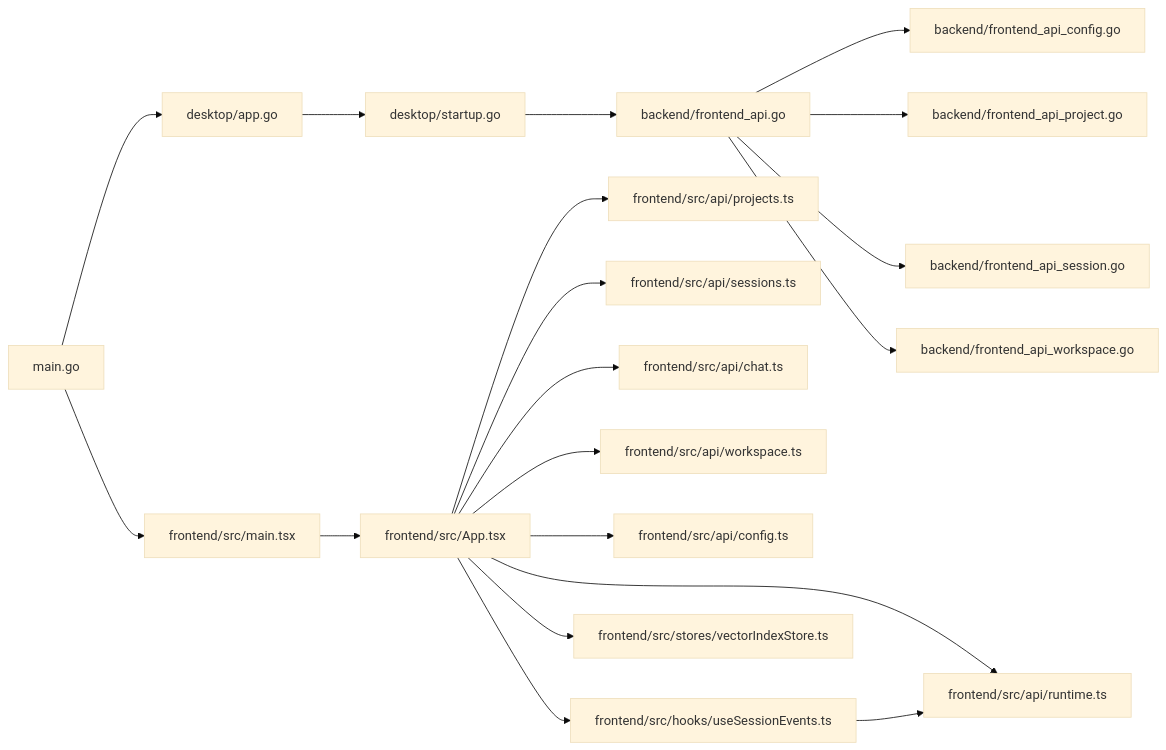
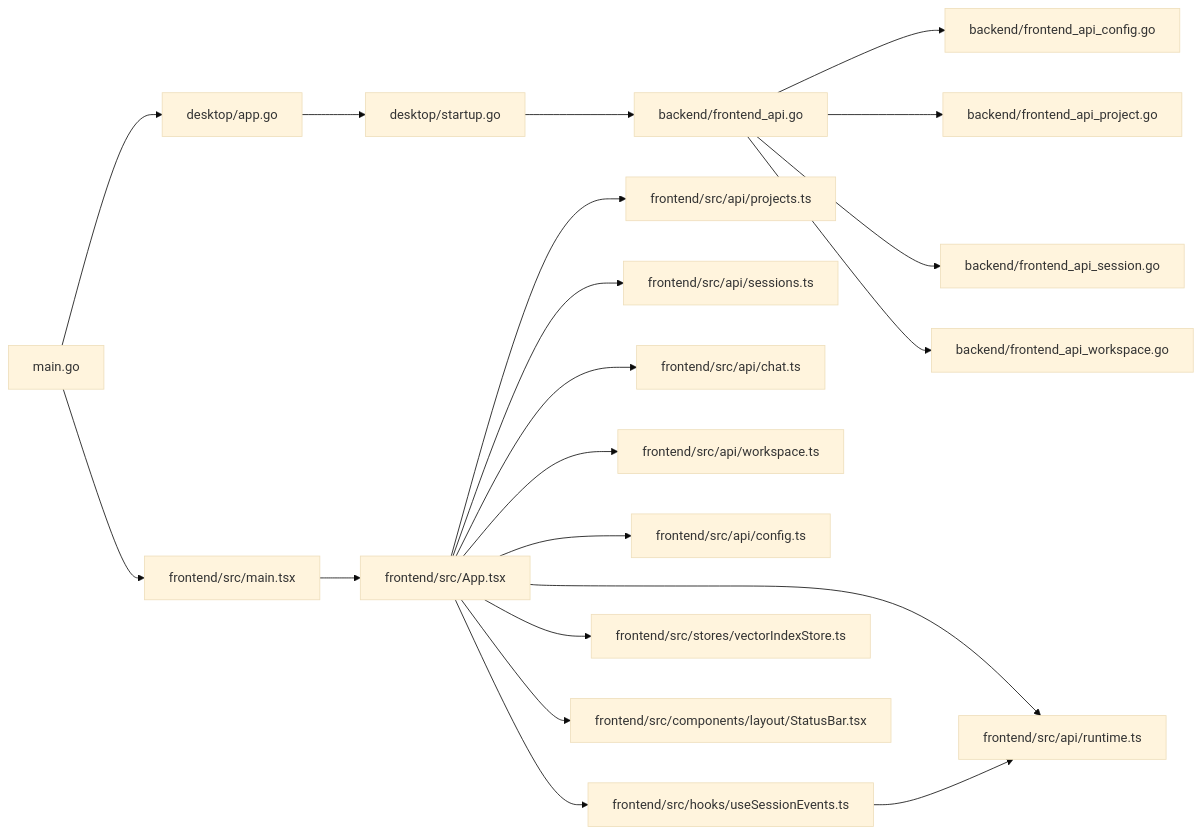
One commit to v0lka/c0wrk changed the third of 3 diagrams in .qoder/repowiki/en/content/Frontend Application/Application Architecture.md. Above: the diagram before and after it, drawn with Mermaid (base theme). The commit also changed other lines of this file and 25 other files, not shown here.

````diff
--- a/.qoder/repowiki/en/content/Frontend Application/Application Architecture.md
+++ b/.qoder/repowiki/en/content/Frontend Application/Application Architecture.md
@@ -468,21 +496,22 @@
 ```mermaid
 graph LR
 MAIN["main.go"] --> DAPP["desktop/app.go"]
 DAPP --> DSTART["desktop/startup.go"]
 DSTART --> FAP["backend/frontend_api.go"]
 FAP --> FAPCFG["backend/frontend_api_config.go"]
 FAP --> FAPPROJ["backend/frontend_api_project.go"]
 FAP --> FAPSESS["backend/frontend_api_session.go"]
 FAP --> FAPWS["backend/frontend_api_workspace.go"]
 MAIN --> FE["frontend/src/main.tsx"]
 FE --> APP["frontend/src/App.tsx"]
 APP --> RT["frontend/src/api/runtime.ts"]
 APP --> PROJ["frontend/src/api/projects.ts"]
 APP --> SESS["frontend/src/api/sessions.ts"]
 APP --> CHAT["frontend/src/api/chat.ts"]
 APP --> WS["frontend/src/api/workspace.ts"]
 APP --> CFG["frontend/src/api/config.ts"]
 APP --> ESE["frontend/src/hooks/useSessionEvents.ts"]
 APP --> VIS["frontend/src/stores/vectorIndexStore.ts"]
+APP --> STS["frontend/src/components/layout/StatusBar.tsx"]
 ESE --> RT
 ```
````
